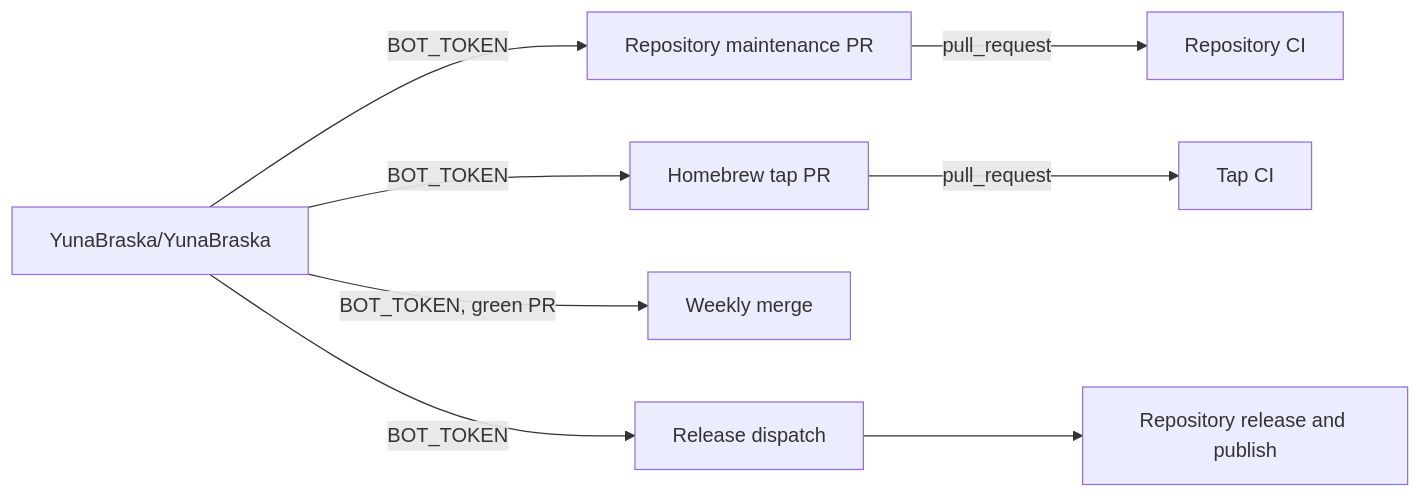
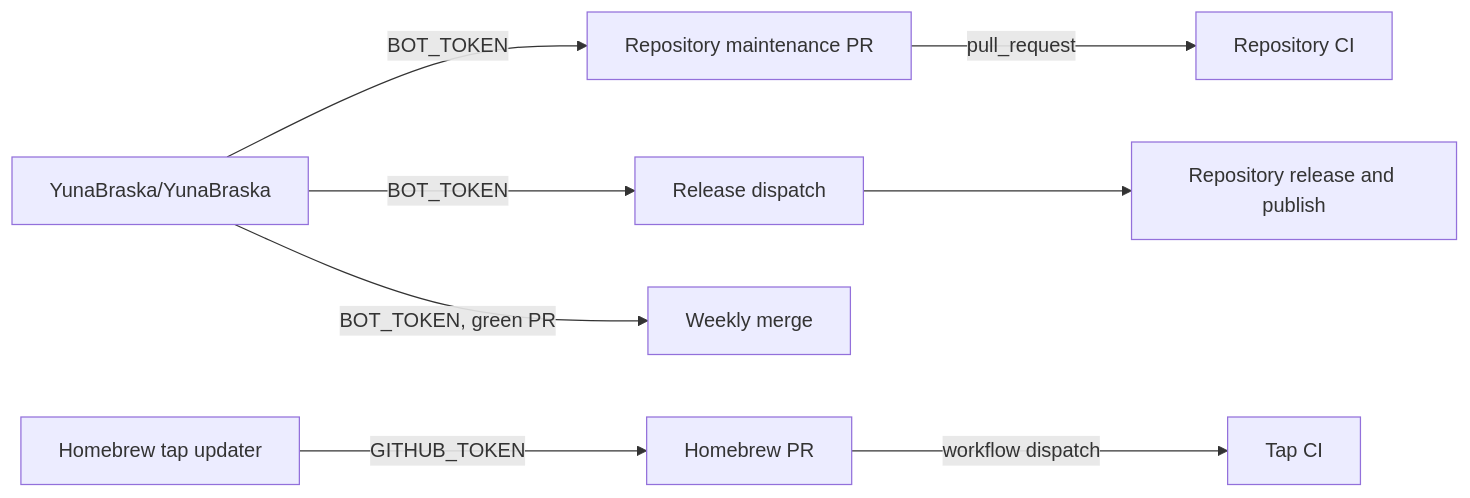
The diagram in AUTOMATION.md (YunaBraska/YunaBraska), drawn with Mermaid before and after one commit. The commit also changed other lines of this file and 4 other files, not shown here.

Commit message:
fix: restore tap Homebrew updates (#59)

````diff
--- a/AUTOMATION.md
+++ b/AUTOMATION.md
@@ -7,10 +6,10 @@
 ```mermaid
 flowchart LR
   C[YunaBraska/YunaBraska] -->|BOT_TOKEN| R[Repository maintenance PR]
-  C -->|BOT_TOKEN| T[Homebrew tap PR]
+  T[Homebrew tap updater] -->|GITHUB_TOKEN| P[Homebrew PR]
   R -->|pull_request| V[Repository CI]
-  T -->|pull_request| H[Tap CI]
+  P -->|workflow dispatch| H[Tap CI]
   C -->|BOT_TOKEN, green PR| M[Weekly merge]
   C -->|BOT_TOKEN| D[Release dispatch]
-  D --> P[Repository release and publish]
+  D --> L[Repository release and publish]
 ```
````
